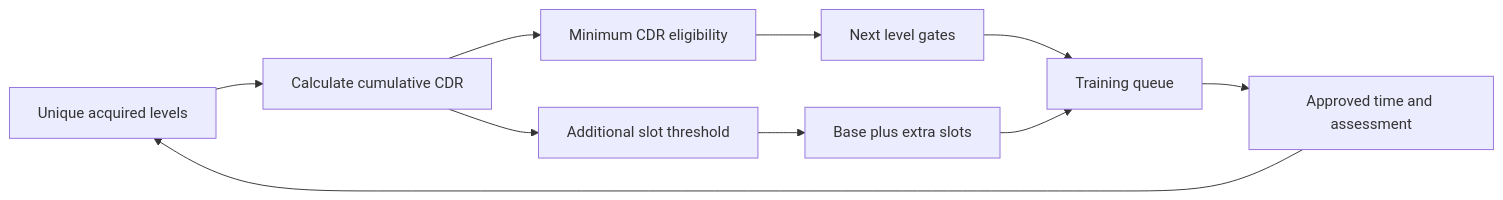
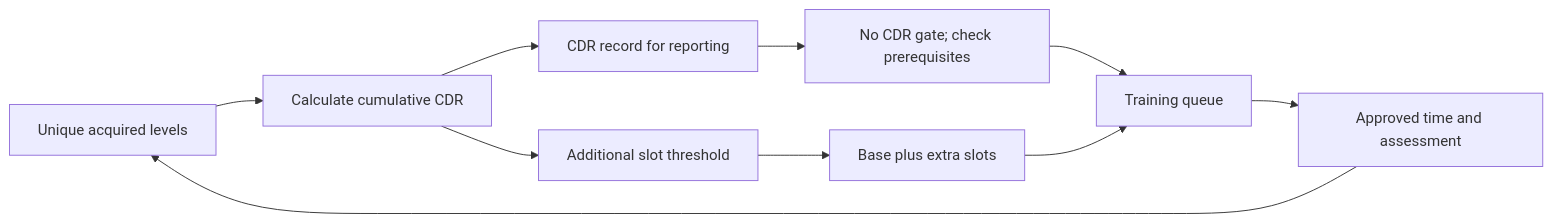
The third of 3 diagrams in notes/CHARACTER-COMPANION.md (Stormchyld2/Blackbox-Protocol), drawn with Mermaid before and after one commit. The commit also changed other lines of this file, not shown here.

Commit message:
Align character companion training tables and eligibility with approved CDR retirement

````diff
--- a/notes/CHARACTER-COMPANION.md
+++ b/notes/CHARACTER-COMPANION.md
@@ -357,12 +346,12 @@
 ```mermaid
 flowchart LR
  A[Unique acquired levels] --> B[Calculate cumulative CDR]
- B --> C[Minimum CDR eligibility]
+ B --> C[CDR record for reporting]
  B --> D[Additional slot threshold]
- C --> E[Next level gates]
+ C --> E[No CDR gate; check prerequisites]
  D --> F[Base plus extra slots]
  E --> G[Training queue]
  F --> G
  G --> H[Approved time and assessment]
  H --> A
 ```
````
